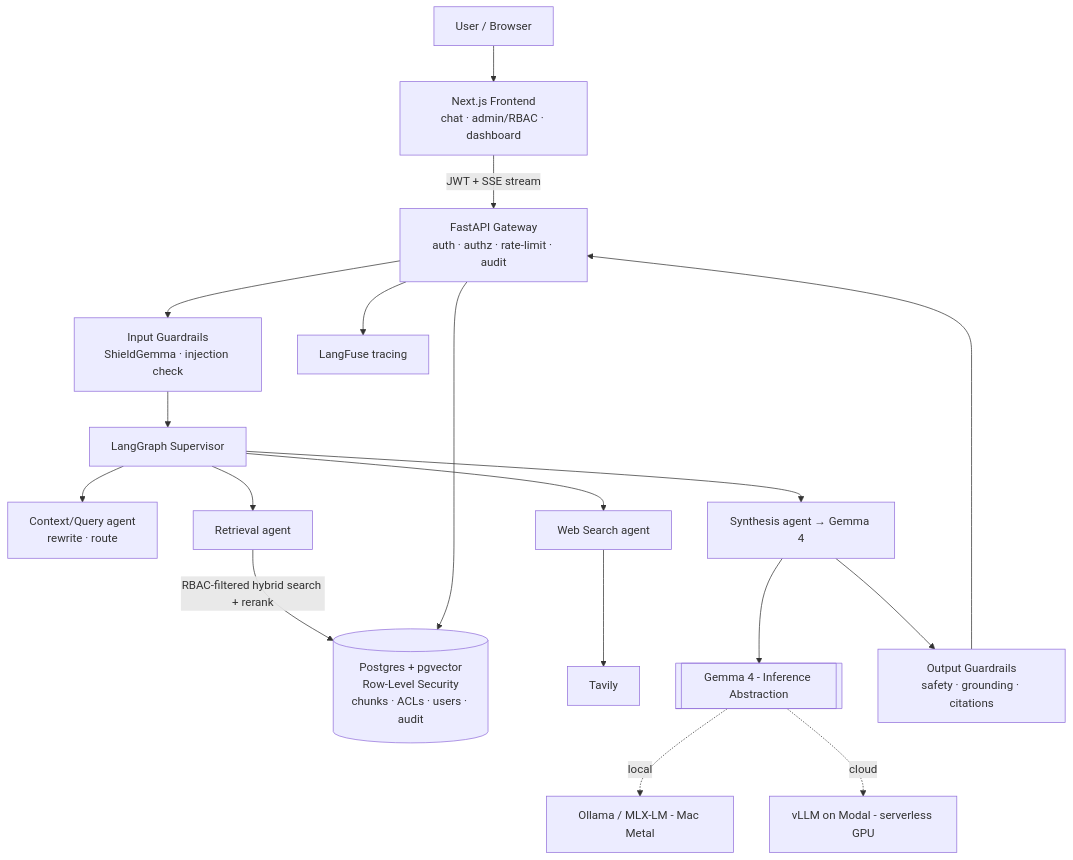
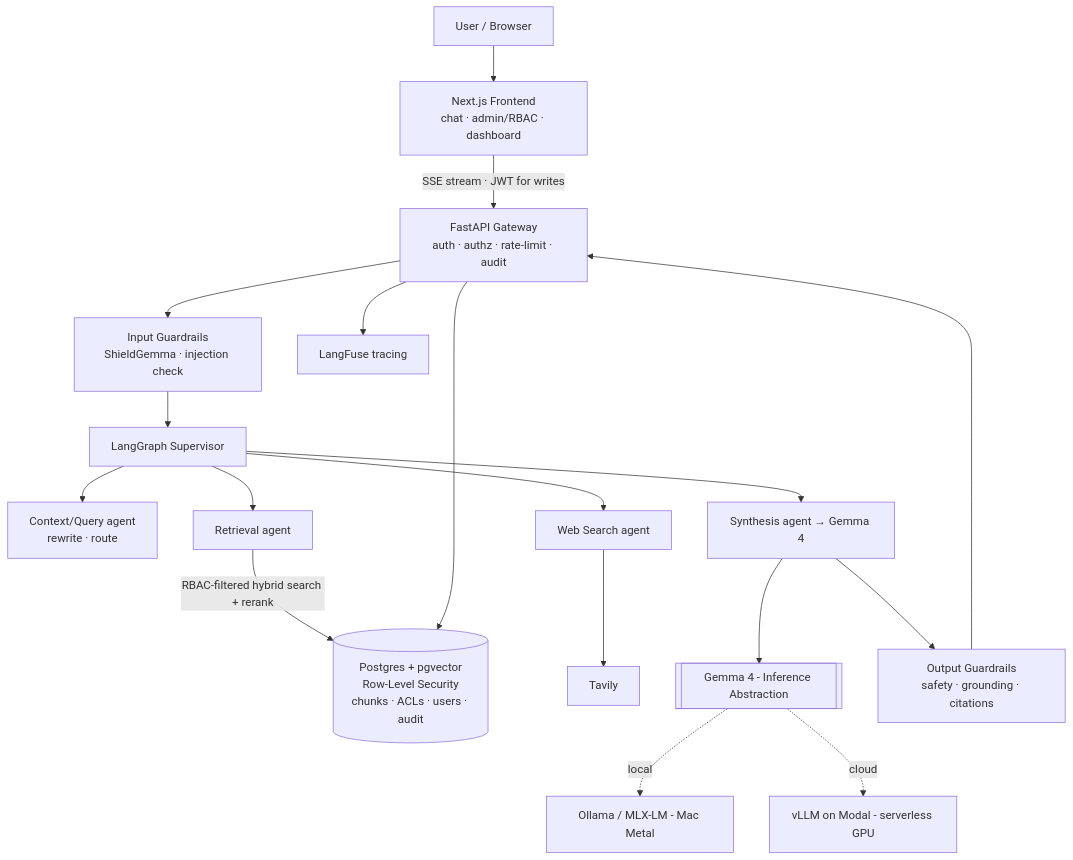
The diagram in README.md (siroxou/advanced-rag), drawn with Mermaid before and after one commit. The commit also changed other lines of this file and 10 other files, not shown here.

````diff
--- a/README.md
+++ b/README.md
@@ -28,20 +28,20 @@
 ```mermaid
 flowchart TB
   U[User / Browser] --> FE[Next.js Frontend<br/>chat · admin/RBAC · dashboard]
-  FE -->|JWT + SSE stream| API[FastAPI Gateway<br/>auth · authz · rate-limit · audit]
+  FE -->|SSE stream · JWT for writes| API[FastAPI Gateway<br/>auth · authz · rate-limit · audit]
   API --> GIN[Input Guardrails<br/>ShieldGemma · injection check]
   GIN --> ORCH[LangGraph Supervisor]
   ORCH --> QUA[Context/Query agent<br/>rewrite · route]
   ORCH --> RAG[Retrieval agent]
   ORCH --> WEB[Web Search agent]
   ORCH --> SYN[Synthesis agent → Gemma 4]
   RAG -->|RBAC-filtered hybrid search + rerank| PG[(Postgres + pgvector<br/>Row-Level Security<br/>chunks · ACLs · users · audit)]
   WEB --> TAV[Tavily]
   SYN --> LLM[[Gemma 4 - Inference Abstraction]]
   SYN --> GOUT[Output Guardrails<br/>safety · grounding · citations]
   GOUT --> API
   LLM -.local.-> OLL[Ollama / MLX-LM - Mac Metal]
   LLM -.cloud.-> MOD[vLLM on Modal - serverless GPU]
   API --> LF[LangFuse tracing]
   API --> PG
 ```
````
